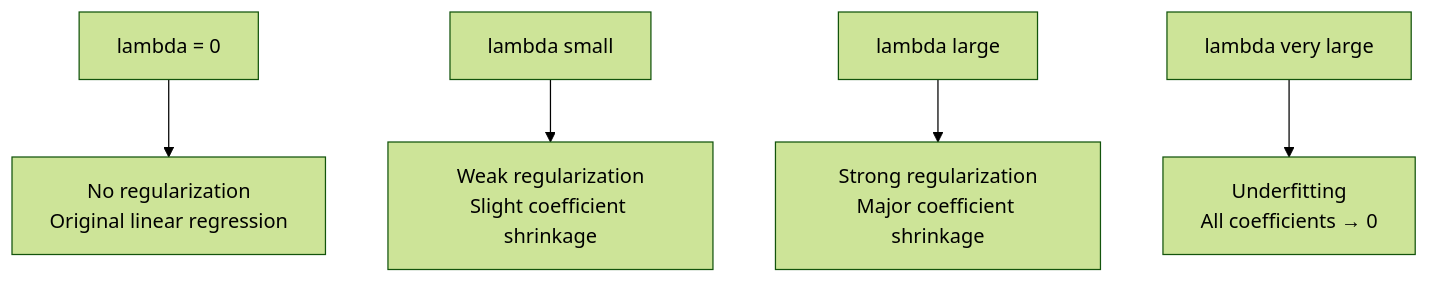
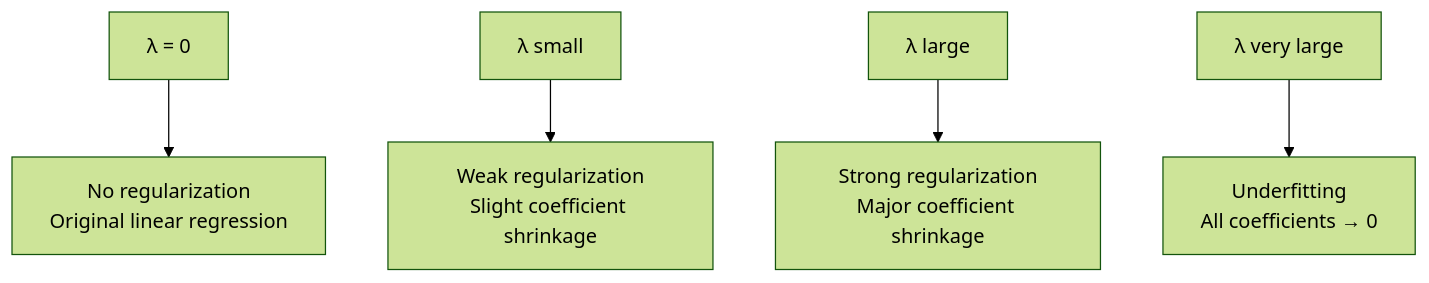
The fourth of 4 diagrams in ML Revision/04-Ridge-and-Lasso-Regression.md (nishant-iith/Learning-AI-ML), drawn with Mermaid (forest theme) before and after one commit. The commit also changed other lines of this file, not shown here.

````diff
--- a/ML Revision/04-Ridge-and-Lasso-Regression.md
+++ b/ML Revision/04-Ridge-and-Lasso-Regression.md
@@ -106,7 +106,7 @@
 ```mermaid
 flowchart TD
-    A["lambda = 0"] --> B["No regularization<br/>Original linear regression"]
-    C["lambda small"] --> D["Weak regularization<br/>Slight coefficient shrinkage"]
-    E["lambda large"] --> F["Strong regularization<br/>Major coefficient shrinkage"]
-    G["lambda very large"] --> H["Underfitting<br/>All coefficients → 0"]
+    A["λ = 0"] --> B["No regularization<br/>Original linear regression"]
+    C["λ small"] --> D["Weak regularization<br/>Slight coefficient shrinkage"]
+    E["λ large"] --> F["Strong regularization<br/>Major coefficient shrinkage"]
+    G["λ very large"] --> H["Underfitting<br/>All coefficients → 0"]
 ```
````
